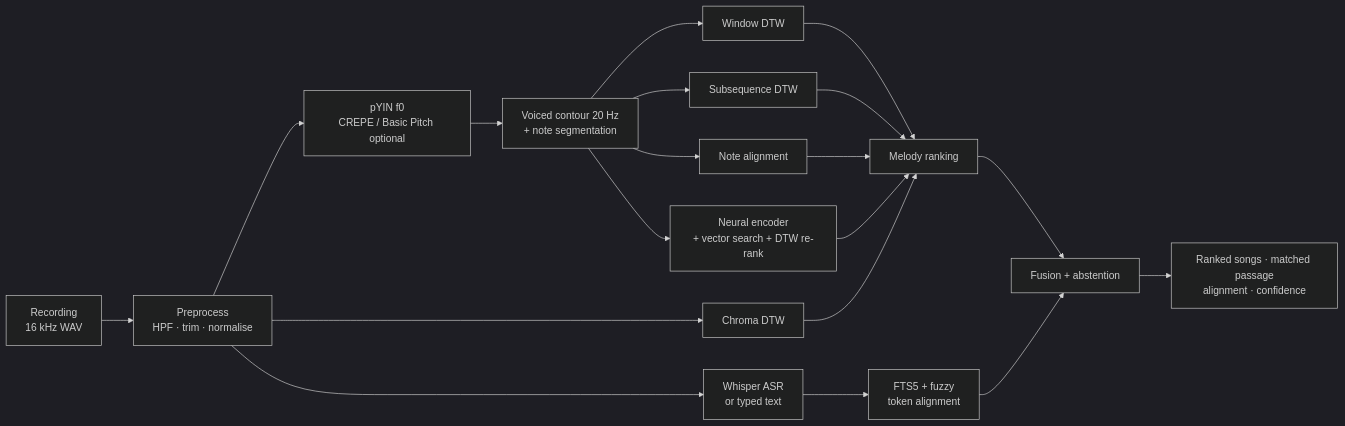
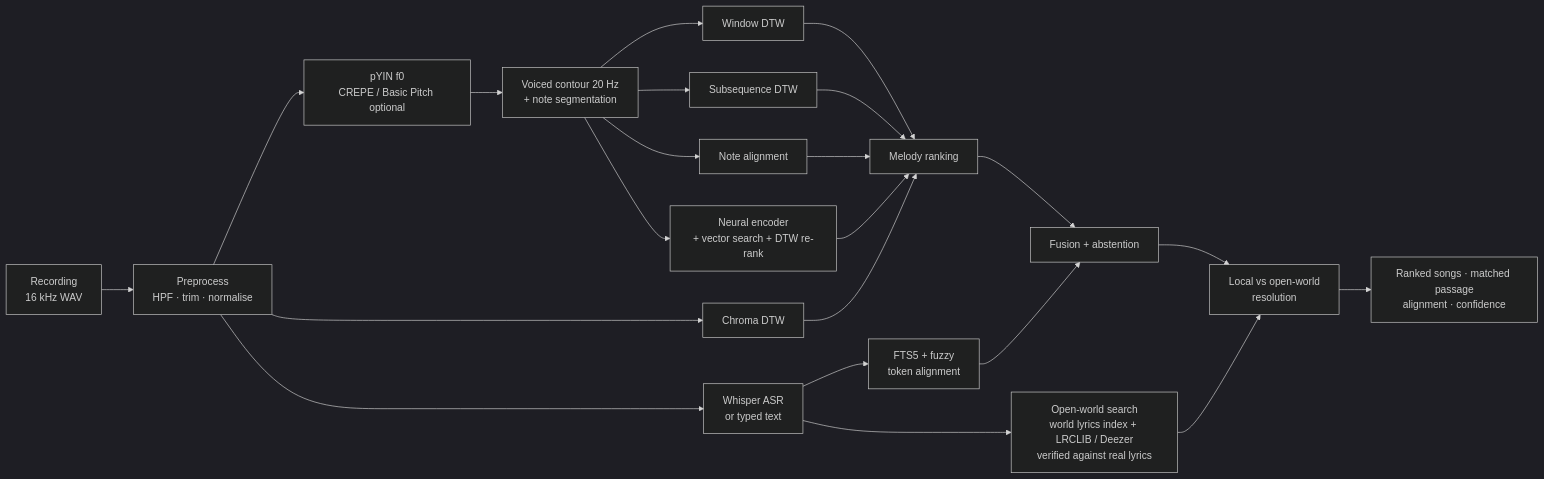
Before and after one commit to Ale-Newport/MelodyAI: the diagram in README.md, drawn with Mermaid (dark theme). The commit also changed other lines of this file and 61 other files, not shown here.

First line of the commit message:
Recognise real songs by their lyrics (open world)

````diff
--- a/README.md
+++ b/README.md
@@ -63,16 +83,19 @@
 ```mermaid
 flowchart LR
   A[Recording<br/>16 kHz WAV] --> B[Preprocess<br/>HPF · trim · normalise]
   B --> C[pYIN f0<br/>CREPE / Basic Pitch optional]
   C --> D[Voiced contour 20 Hz<br/>+ note segmentation]
   D --> E1[Window DTW]
   D --> E2[Subsequence DTW]
   D --> E3[Note alignment]
   D --> E4[Neural encoder<br/>+ vector search + DTW re-rank]
   B --> E5[Chroma DTW]
   B --> L[Whisper ASR<br/>or typed text] --> L2[FTS5 + fuzzy<br/>token alignment]
+  L --> W[Open-world search<br/>world lyrics index + LRCLIB / Deezer<br/>verified against real lyrics]
   E1 & E2 & E3 & E4 & E5 --> F[Melody ranking]
   F --> G[Fusion + abstention]
   L2 --> G
-  G --> H[Ranked songs · matched passage<br/>alignment · confidence]
+  G --> R[Local vs open-world<br/>resolution]
+  W --> R
+  R --> H[Ranked songs · matched passage<br/>alignment · confidence]
 ```
````
